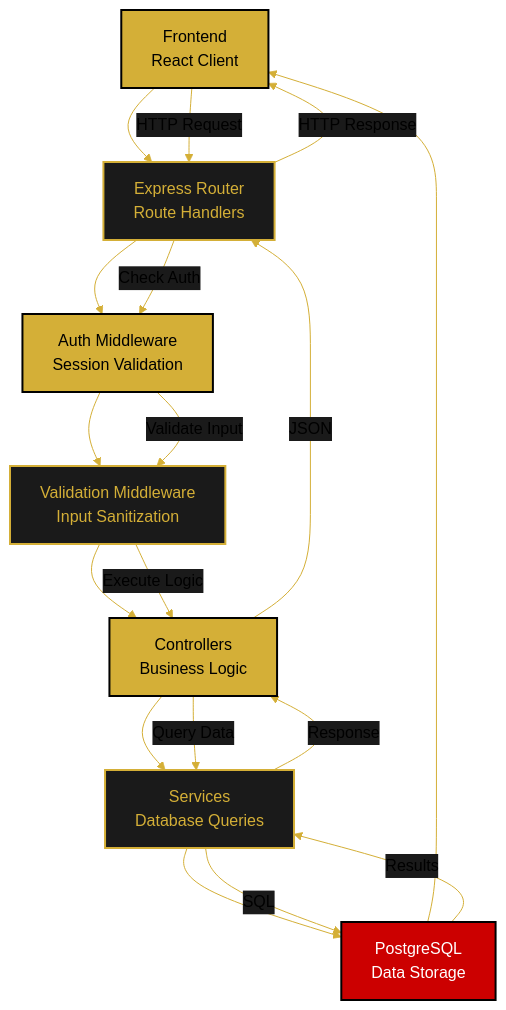
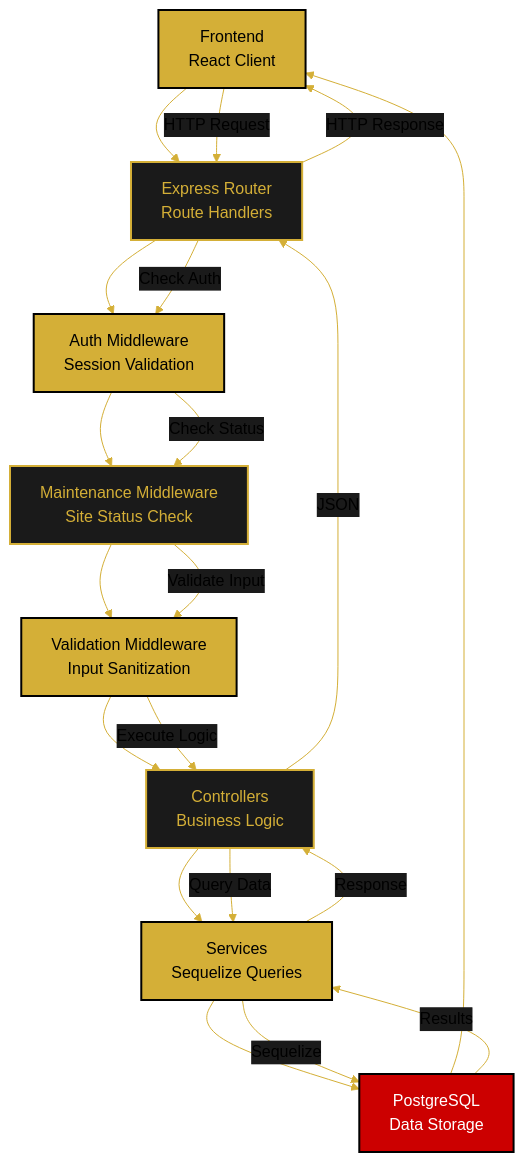
The diagram in docs/architecture/api-architecture.md (paulobrigidofilho/orbishistorymaps), drawn with Mermaid before and after one commit. The commit also changed other lines of this file and 3 other files, not shown here.

````diff
--- a/docs/architecture/api-architecture.md
+++ b/docs/architecture/api-architecture.md
@@ -853,26 +1517,28 @@
 ```mermaid
 %%{init: {'theme':'base', 'themeVariables': { 'primaryColor':'#D4AF37','primaryTextColor':'#000','primaryBorderColor':'#000','lineColor':'#D4AF37','secondaryColor':'#1a1a1a','tertiaryColor':'#333'}}}%%
 graph TB
     Client["Frontend<br/>React Client"]:::gold -->
     Router["Express Router<br/>Route Handlers"]:::black -->
     Auth["Auth Middleware<br/>Session Validation"]:::gold -->
-    Validation["Validation Middleware<br/>Input Sanitization"]:::black -->
-    Controller["Controllers<br/>Business Logic"]:::gold -->
-    Service["Services<br/>Database Queries"]:::black -->
+    Maintenance["Maintenance Middleware<br/>Site Status Check"]:::black -->
+    Validation["Validation Middleware<br/>Input Sanitization"]:::gold -->
+    Controller["Controllers<br/>Business Logic"]:::black -->
+    Service["Services<br/>Sequelize Queries"]:::gold -->
     Database["PostgreSQL<br/>Data Storage"]:::error -->
     
     Client -->|HTTP Request| Router
     Router -->|Check Auth| Auth
-    Auth -->|Validate Input| Validation
+    Auth -->|Check Status| Maintenance
+    Maintenance -->|Validate Input| Validation
     Validation -->|Execute Logic| Controller
     Controller -->|Query Data| Service
-    Service -->|SQL| Database
+    Service -->|Sequelize| Database
     Database -->|Results| Service
     Service -->|Response| Controller
     Controller -->|JSON| Router
     Router -->|HTTP Response| Client
     
     classDef gold fill:#D4AF37,stroke:#000,stroke-width:2px,color:#000
     classDef black fill:#1a1a1a,stroke:#D4AF37,stroke-width:2px,color:#D4AF37
     classDef error fill:#cc0000,stroke:#000,stroke-width:2px,color:#fff
 ```
````
